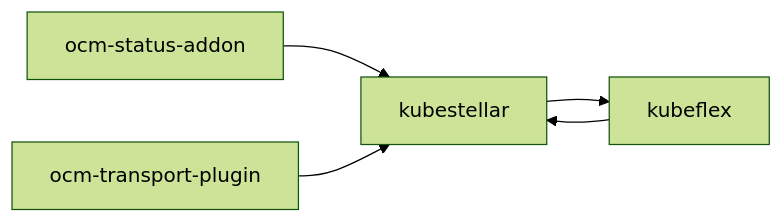
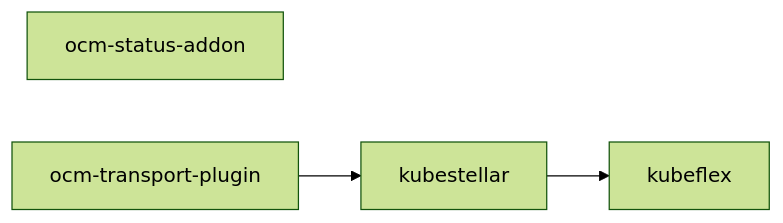
The first of 4 diagrams in docs/content/v0.20/packaging.md (kubestellar/kubestellar), drawn with Mermaid (forest theme) before and after one commit. The commit also changed other lines of this file, not shown here.

Commit message:
Start real doc of ocm-status-addon

````diff
--- a/docs/content/v0.20/packaging.md
+++ b/docs/content/v0.20/packaging.md
@@ -9,7 +9,6 @@
 ```mermaid
 flowchart LR
     kubestellar --> kubeflex
-    kubeflex    --> kubestellar
-    ocm-status-addon     --> kubestellar
+    ocm-status-addon
     ocm-transport-plugin --> kubestellar
 ```
````
